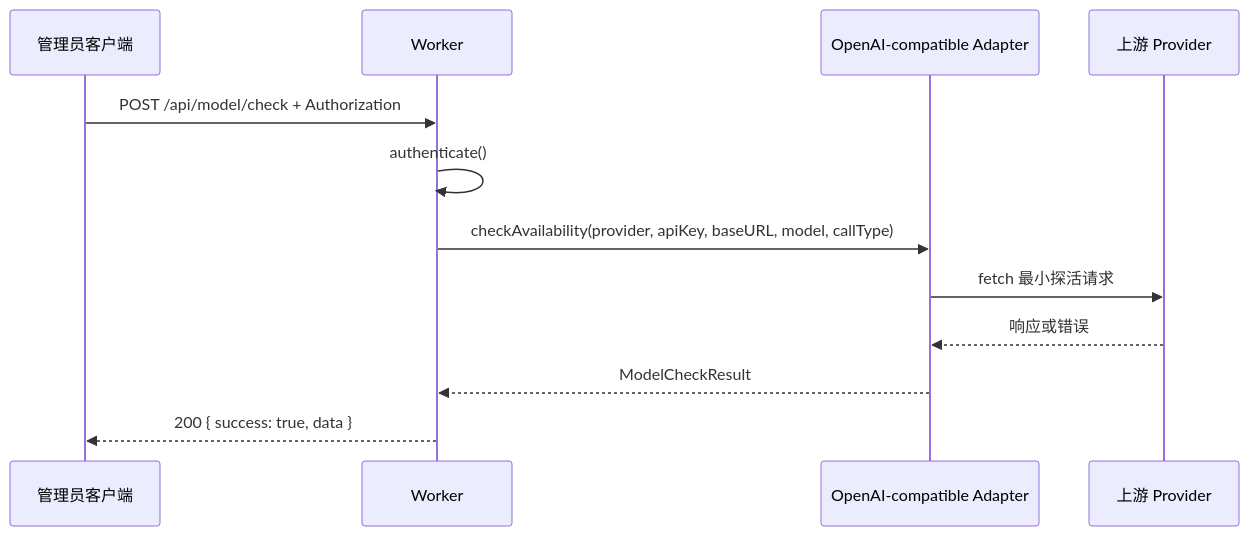
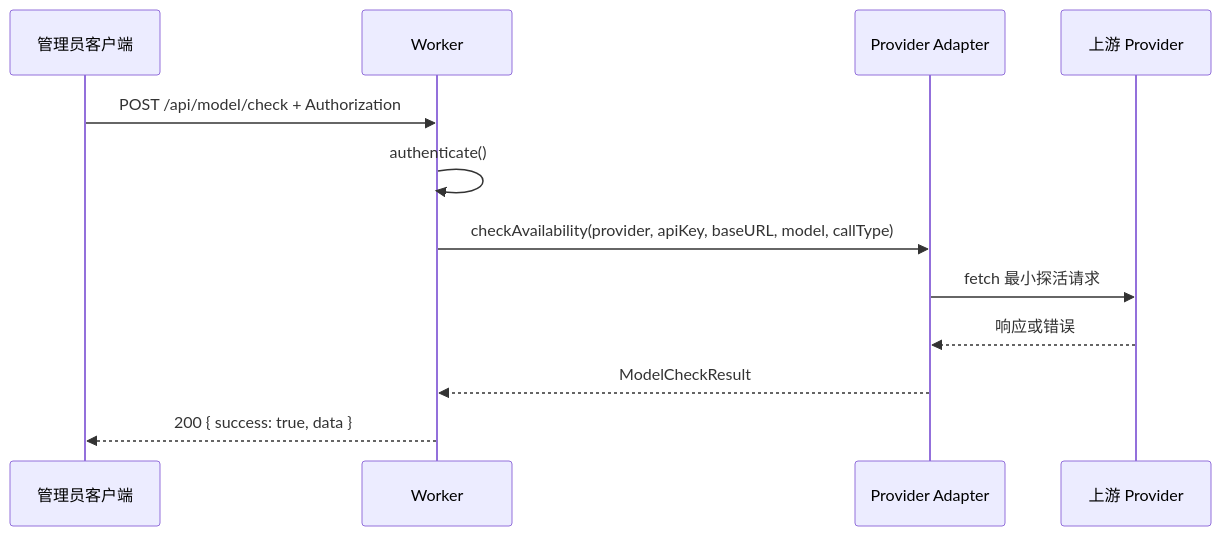
One commit to excing/open-ai-gateway changed the sixth of 7 diagrams in DEVELOPMENT.md. Above: the diagram before and after it, drawn with Mermaid. The commit also changed other lines of this file and 4 other files, not shown here.

````diff
--- a/DEVELOPMENT.md
+++ b/DEVELOPMENT.md
@@ -185,15 +188,15 @@
 ```mermaid
 sequenceDiagram
     participant C as 管理员客户端
     participant W as Worker
-    participant A as OpenAI-compatible Adapter
+    participant A as Provider Adapter
     participant P as 上游 Provider
 
     C->>W: POST /api/model/check + Authorization
     W->>W: authenticate()
     W->>A: checkAvailability(provider, apiKey, baseURL, model, callType)
     A->>P: fetch 最小探活请求
     P-->>A: 响应或错误
     A-->>W: ModelCheckResult
     W-->>C: 200 { success: true, data }
 ```
````
